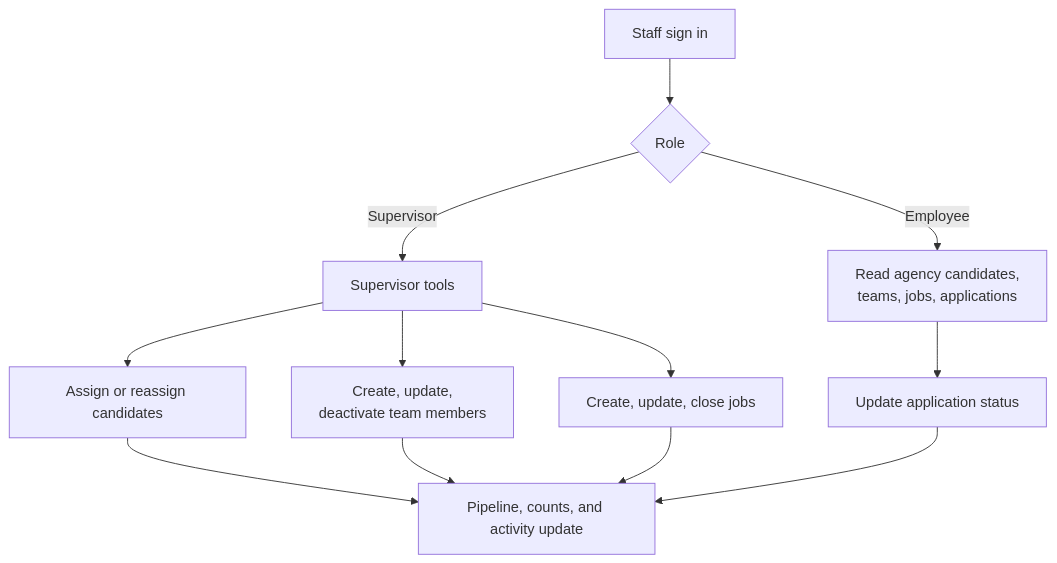
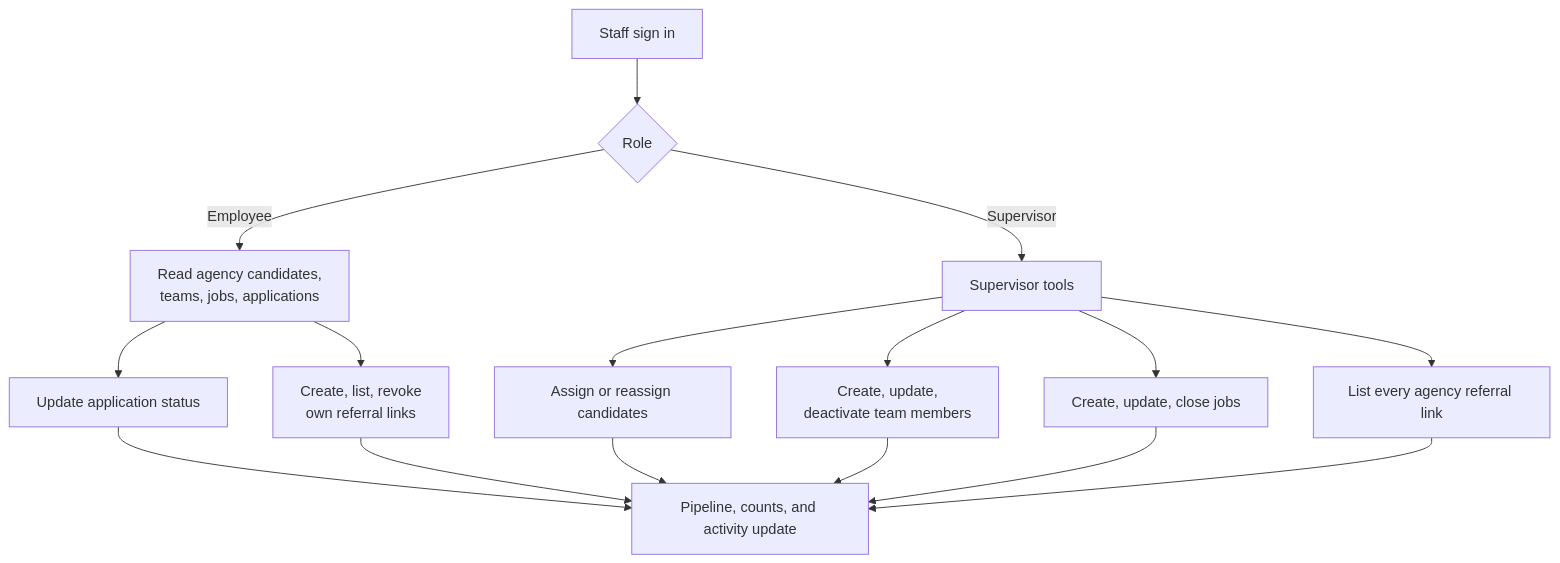
The fourth of 9 diagrams in docs/FLOWS.md (Codewith-ARK/job-finder-backend), drawn with Mermaid before and after one commit. The commit also changed other lines of this file and 8 other files, not shown here.

````diff
--- a/docs/FLOWS.md
+++ b/docs/FLOWS.md
@@ -73,14 +77,18 @@
 ```mermaid
 flowchart TD
   login["Staff sign in"] --> role{"Role"}
   role -- "Employee" --> read["Read agency candidates,<br/>teams, jobs, applications"]
   read --> status["Update application status"]
+  read --> referral["Create, list, revoke<br/>own referral links"]
   role -- "Supervisor" --> tools["Supervisor tools"]
   tools --> assign["Assign or reassign candidates"]
   tools --> team["Create, update,<br/>deactivate team members"]
   tools --> jobswrite["Create, update, close jobs"]
+  tools --> allreferrals["List every agency referral link"]
   assign --> pipeline["Pipeline, counts, and activity update"]
   team --> pipeline
   jobswrite --> pipeline
   status --> pipeline
+  referral --> pipeline
+  allreferrals --> pipeline
 ```
````
